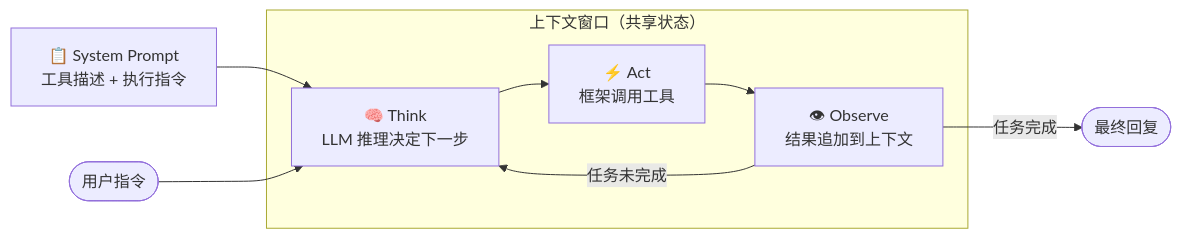
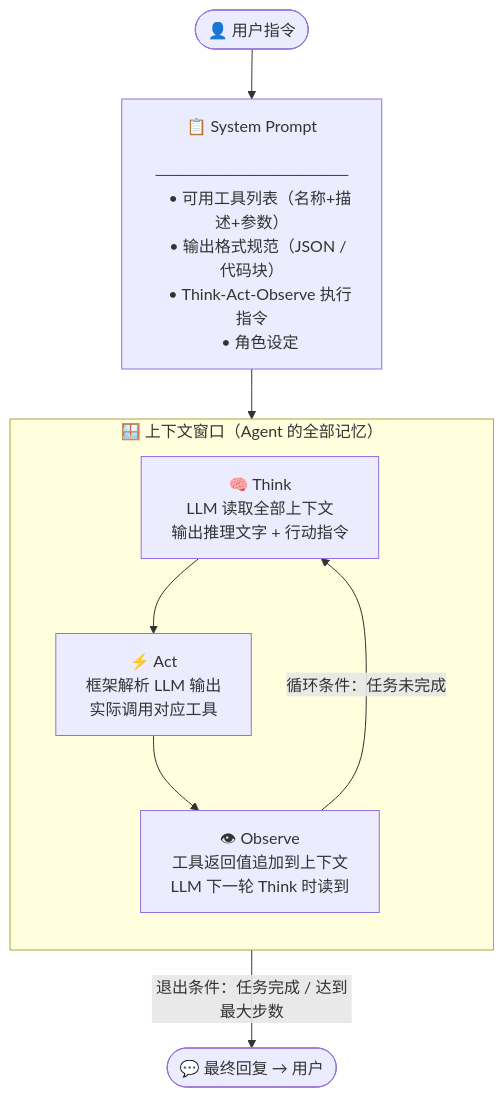
Before and after one commit to polaries-morningstar/llm-agent-paper-notes: the first of 2 diagrams in agent-framework/2025-04-29-llm-agent-fundamentals.md, drawn with Mermaid. The commit also changed other lines of this file and 1 other file, not shown here.

First line of the commit message:
blog: 大幅扩写 Day 0 博客至 8500+ 字，补充原文图片说明

````diff
--- a/agent-framework/2025-04-29-llm-agent-fundamentals.md
+++ b/agent-framework/2025-04-29-llm-agent-fundamentals.md
@@ -48,16 +86,36 @@
 ```mermaid
-flowchart LR
-    SP[📋 System Prompt\n工具描述 + 执行指令] --> T
+flowchart TB
+    U([👤 用户指令]) --> SP
 
-    subgraph CTX [上下文窗口（共享状态）]
-        T[🧠 Think\nLLM 推理决定下一步]
-        A[⚡ Act\n框架调用工具]
-        O[👁 Observe\n结果追加到上下文]
+    SP["📋 System Prompt
+    ────────────────
+    • 可用工具列表（名称+描述+参数）
+    • 输出格式规范（JSON / 代码块）
+    • Think-Act-Observe 执行指令
+    • 角色设定"]
+
+    SP --> T
+
+    subgraph CTX ["🪟 上下文窗口（Agent 的全部记忆）"]
+        direction TB
+        T["🧠 Think
+        LLM 读取全部上下文
+        输出推理文字 + 行动指令"]
+
+        A["⚡ Act
+        框架解析 LLM 输出
+        实际调用对应工具"]
+
+        O["👁 Observe
+        工具返回值追加到上下文
+        LLM 下一轮 Think 时读到"]
+
+        T --> A
+        A --> O
     end
 
-    U([用户指令]) --> T
-    T --> A
-    A --> O
-    O --> |任务未完成| T
-    O --> |任务完成| R([最终回复])
+    O --> |"循环条件：任务未完成"| T
+    O --> |"退出条件：任务完成 / 达到最大步数"| R
+
+    R(["💬 最终回复 → 用户"])
 ```
````
